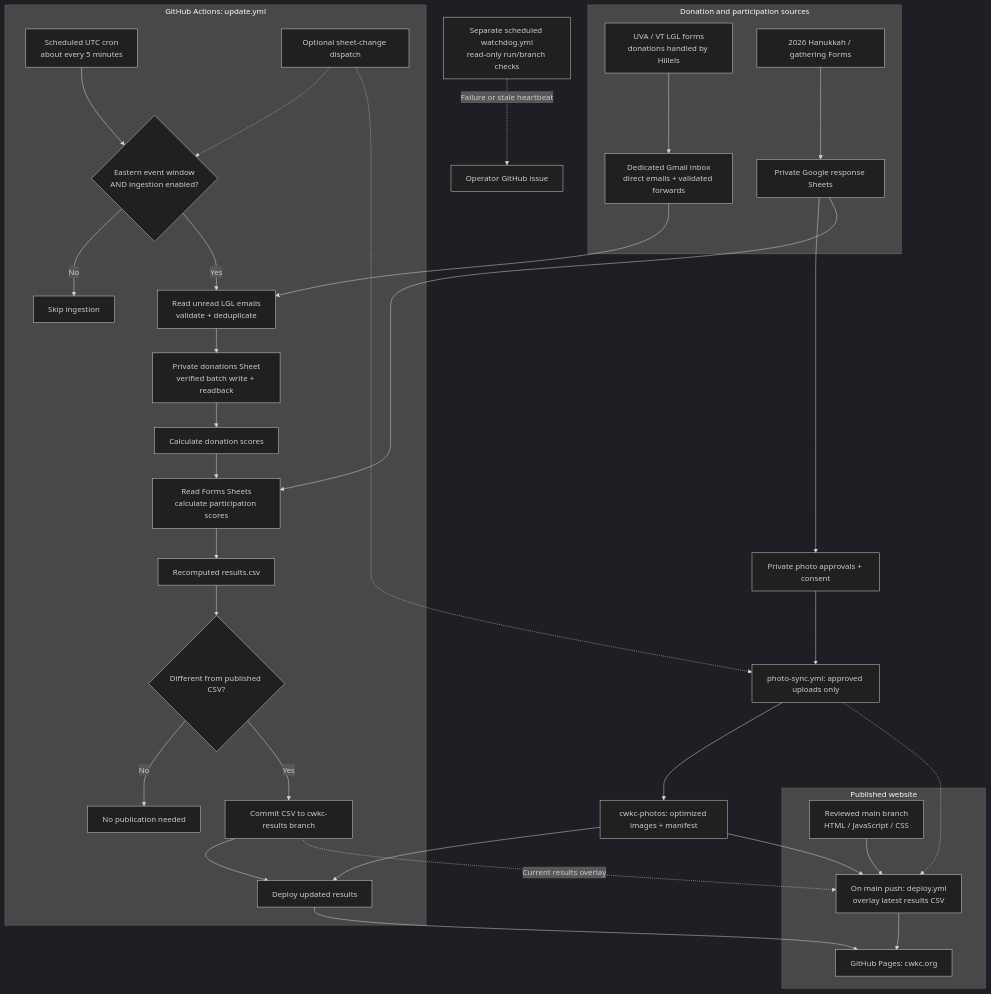
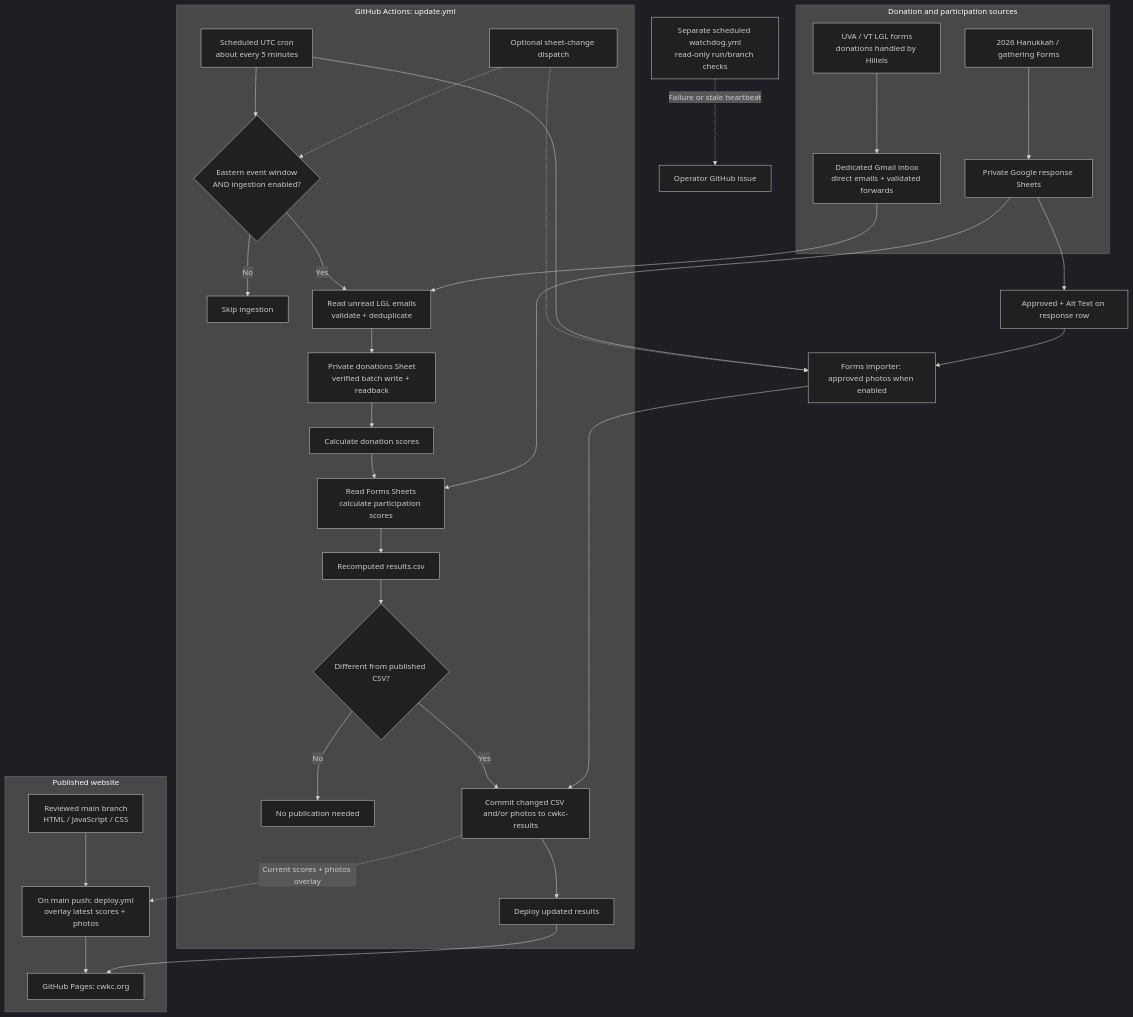
The diagram in README.md (msaperst/cwkc-v2), drawn with Mermaid (dark theme) before and after one commit. The commit also changed other lines of this file, not shown here.

Commit message:
Align documentation with one workflow: README.md

````diff
--- a/README.md
+++ b/README.md
@@ -18,42 +18,40 @@
 ```mermaid
 flowchart TB
     subgraph sources["Donation and participation sources"]
         LGL["UVA / VT LGL forms<br/>donations handled by Hillels"] --> MAIL["Dedicated Gmail inbox<br/>direct emails + validated forwards"]
         FORMS["2026 Hanukkah / gathering Forms"] --> RESP["Private Google response Sheets"]
     end
 
     subgraph updates["GitHub Actions: update.yml"]
         CRON["Scheduled UTC cron<br/>about every 5 minutes"] --> GATE{"Eastern event window<br/>AND ingestion enabled?"}
         DISPATCH["Optional sheet-change dispatch"] -.-> GATE
         GATE -->|No| SKIP["Skip ingestion"]
         GATE -->|Yes| INGEST["Read unread LGL emails<br/>validate + deduplicate"]
         INGEST --> LEDGER["Private donations Sheet<br/>verified batch write + readback"]
         LEDGER --> SCORE["Calculate donation scores"]
         SCORE --> PARTICIPATION["Read Forms Sheets<br/>calculate participation scores"]
         PARTICIPATION --> CSV["Recomputed results.csv"]
         CSV --> CHANGED{"Different from published CSV?"}
         CHANGED -->|No| NOCHANGE["No publication needed"]
-        CHANGED -->|Yes| DATA["Commit CSV to cwkc-results branch"]
+        CHANGED -->|Yes| DATA["Commit changed CSV and/or photos to cwkc-results"]
         DATA --> RESULTDEPLOY["Deploy updated results"]
     end
 
-    RESP --> APPROVAL["Private photo approvals + consent"]
-    DISPATCH -.-> PHOTOS["photo-sync.yml: approved uploads only"]
+    RESP --> APPROVAL["Approved + Alt Text on response row"]
+    DISPATCH -.-> PHOTOS["Forms importer: approved photos when enabled"]
+    CRON --> PHOTOS
     APPROVAL --> PHOTOS
-    PHOTOS --> GALLERY["cwkc-photos: optimized images + manifest"]
-    GALLERY --> CODEDEPLOY
-    GALLERY --> RESULTDEPLOY
-    PHOTOS -.-> CODEDEPLOY
+    PHOTOS --> DATA
 
     MAIL --> INGEST
     RESP --> PARTICIPATION
 
     subgraph public["Published website"]
-        MAIN["Reviewed main branch<br/>HTML / JavaScript / CSS"] --> CODEDEPLOY["On main push: deploy.yml<br/>overlay latest results CSV"]
+        MAIN["Reviewed main branch<br/>HTML / JavaScript / CSS"] --> CODEDEPLOY["On main push: deploy.yml<br/>overlay latest scores + photos"]
         CODEDEPLOY --> PAGES["GitHub Pages: cwkc.org"]
         RESULTDEPLOY --> PAGES
     end
-    DATA -.->|Current results overlay| CODEDEPLOY
+    DATA -.->|Current scores + photos overlay| CODEDEPLOY
 
     WATCH["Separate scheduled watchdog.yml<br/>read-only run/branch checks"] -.->|Failure or stale heartbeat| ISSUE["Operator GitHub issue"]
 ```
````
